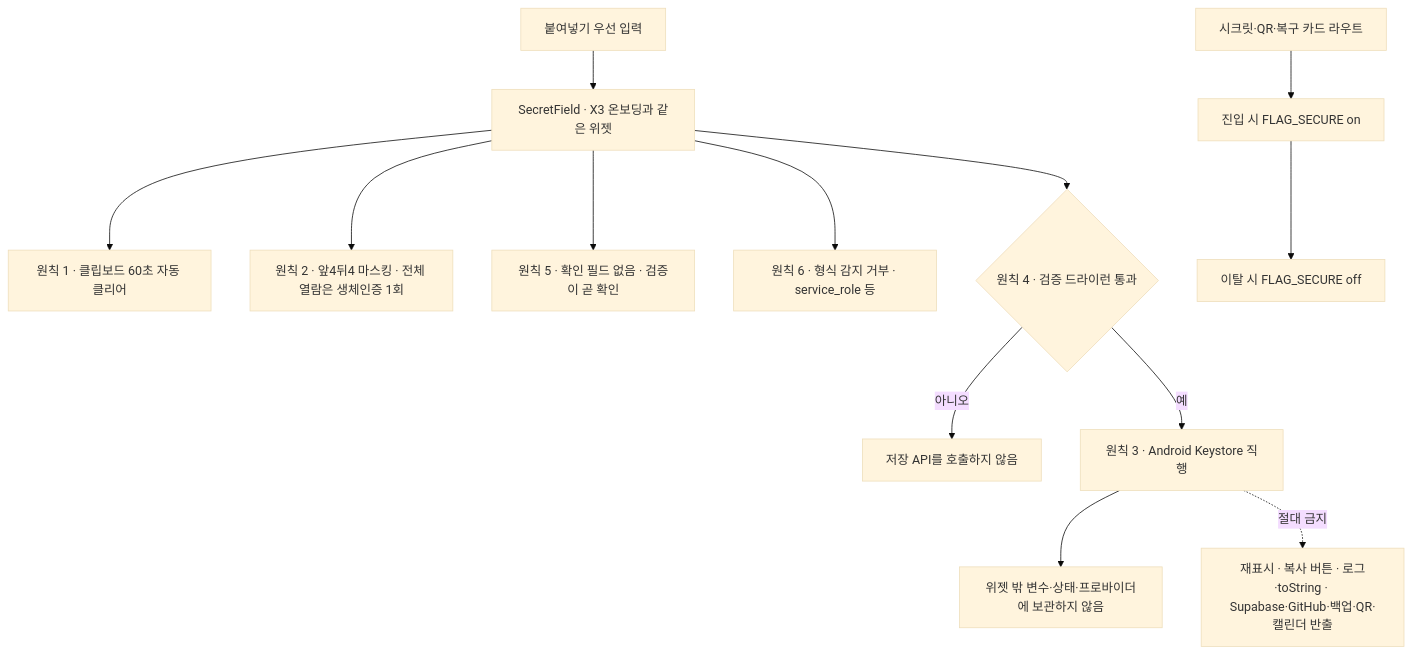
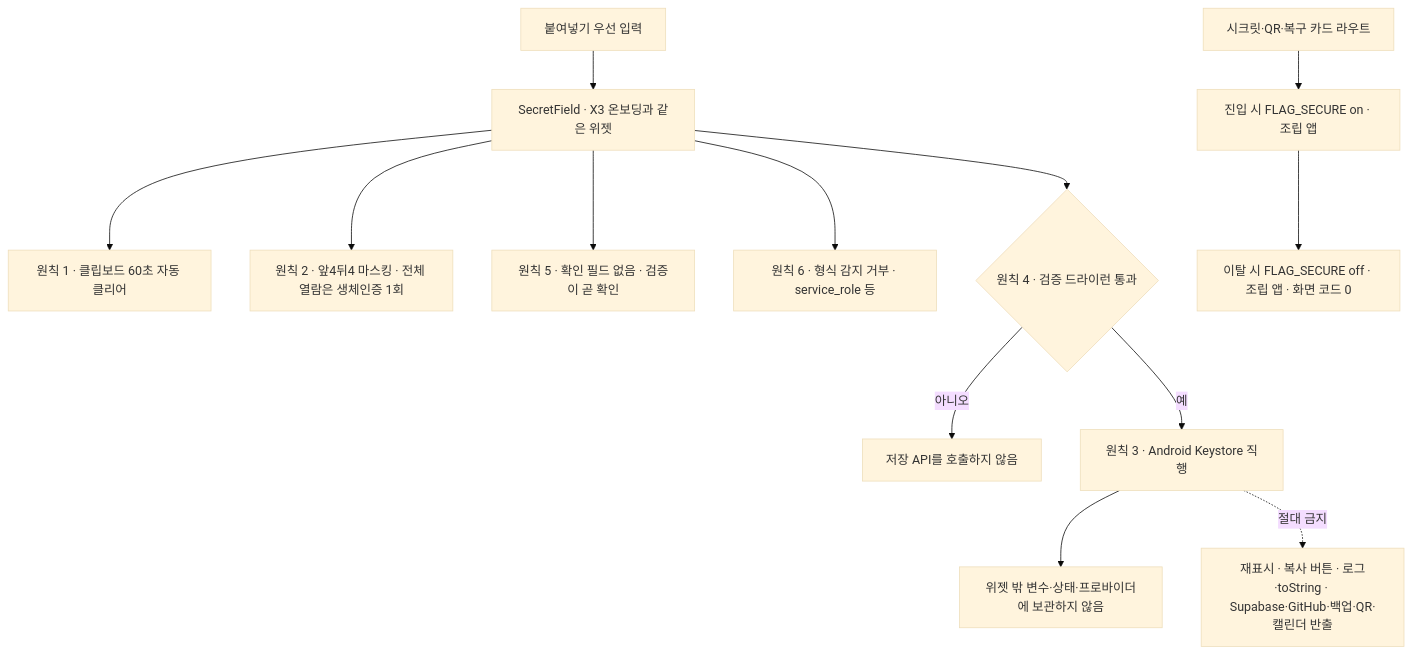
Before and after one commit to billybeom/AutoAlphaQuant: diagram 22 of 24 in docs/ai-context/05_화면명세_M9_설정_관리자.md, drawn with Mermaid (base theme). The commit also changed other lines of this file and 3 other files, not shown here.

````diff
--- a/docs/ai-context/05_화면명세_M9_설정_관리자.md
+++ b/docs/ai-context/05_화면명세_M9_설정_관리자.md
@@ -869,15 +880,15 @@
 ```mermaid
 flowchart TD
   IN["붙여넣기 우선 입력"] --> SF["SecretField · X3 온보딩과 같은 위젯"]
   SF --> F1["원칙 1 · 클립보드 60초 자동 클리어"]
   SF --> F2["원칙 2 · 앞4뒤4 마스킹 · 전체 열람은 생체인증 1회"]
   SF --> F5["원칙 5 · 확인 필드 없음 · 검증이 곧 확인"]
   SF --> F6["원칙 6 · 형식 감지 거부 · service_role 등"]
   SF --> VER{"원칙 4 · 검증 드라이런 통과"}
   VER -->|"아니오"| NOSAVE["저장 API를 호출하지 않음"]
   VER -->|"예"| KS["원칙 3 · Android Keystore 직행"]
   KS --> NOSTATE["위젯 밖 변수·상태·프로바이더에 보관하지 않음"]
-  RT["시크릿·QR·복구 카드 라우트"] --> ON["진입 시 FLAG_SECURE on"]
-  ON --> OFF["이탈 시 FLAG_SECURE off"]
+  RT["시크릿·QR·복구 카드 라우트"] --> ON["진입 시 FLAG_SECURE on · 조립 앱"]
+  ON --> OFF["이탈 시 FLAG_SECURE off · 조립 앱 · 화면 코드 0"]
   KS -.->|"절대 금지"| OUT["재표시 · 복사 버튼 · 로그·toString · Supabase·GitHub·백업·QR·캘린더 반출"]
 ```
````
